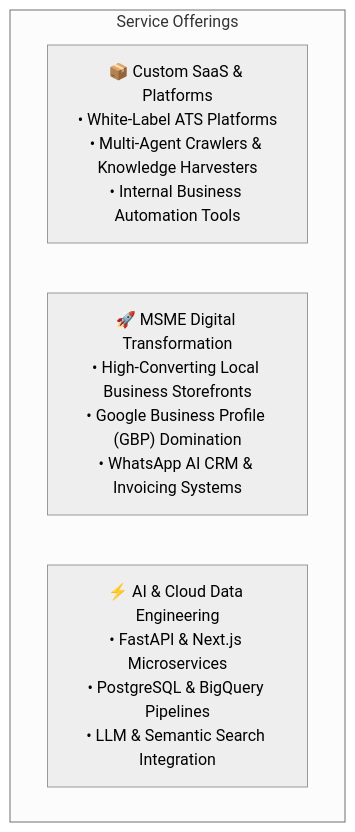
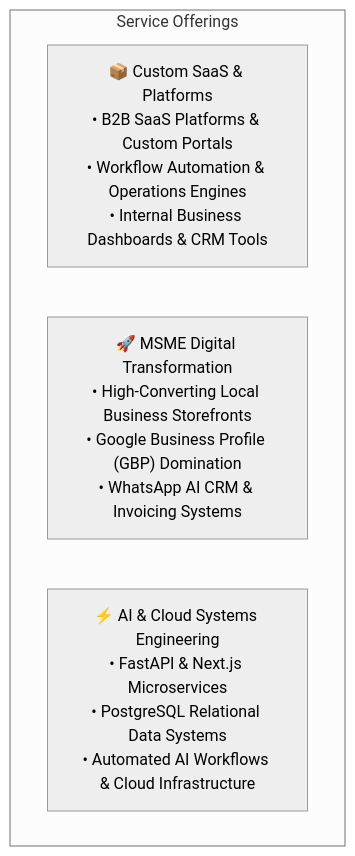
The third of 4 diagrams in docs/03_SHUNYALABS_WEBSITE_DESIGN.md (mindwanders1993/shunyalab), drawn with Mermaid (neutral theme) before and after one commit. The commit also changed 4 other files, not shown here.

````diff
--- a/docs/03_SHUNYALABS_WEBSITE_DESIGN.md
+++ b/docs/03_SHUNYALABS_WEBSITE_DESIGN.md
@@ -91,8 +91,8 @@
 ```mermaid
 graph TD
     subgraph "Service Offerings"
-        S1["📦 Custom SaaS & Platforms<br/>• White-Label ATS Platforms<br/>• Multi-Agent Crawlers & Knowledge Harvesters<br/>• Internal Business Automation Tools"]
+        S1["📦 Custom SaaS & Platforms<br/>• B2B SaaS Platforms & Custom Portals<br/>• Workflow Automation & Operations Engines<br/>• Internal Business Dashboards & CRM Tools"]
         S2["🚀 MSME Digital Transformation<br/>• High-Converting Local Business Storefronts<br/>• Google Business Profile (GBP) Domination<br/>• WhatsApp AI CRM & Invoicing Systems"]
-        S3["⚡ AI & Cloud Data Engineering<br/>• FastAPI & Next.js Microservices<br/>• PostgreSQL & BigQuery Pipelines<br/>• LLM & Semantic Search Integration"]
+        S3["⚡ AI & Cloud Systems Engineering<br/>• FastAPI & Next.js Microservices<br/>• PostgreSQL Relational Data Systems<br/>• Automated AI Workflows & Cloud Infrastructure"]
     end
 ```
````
